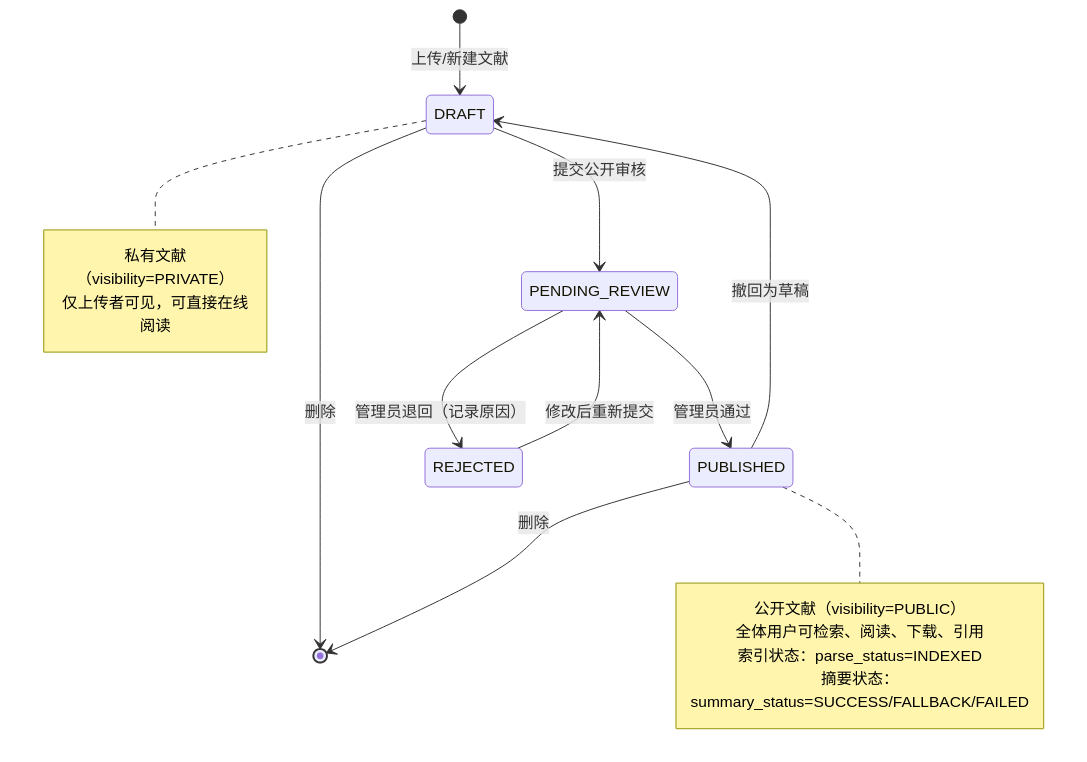
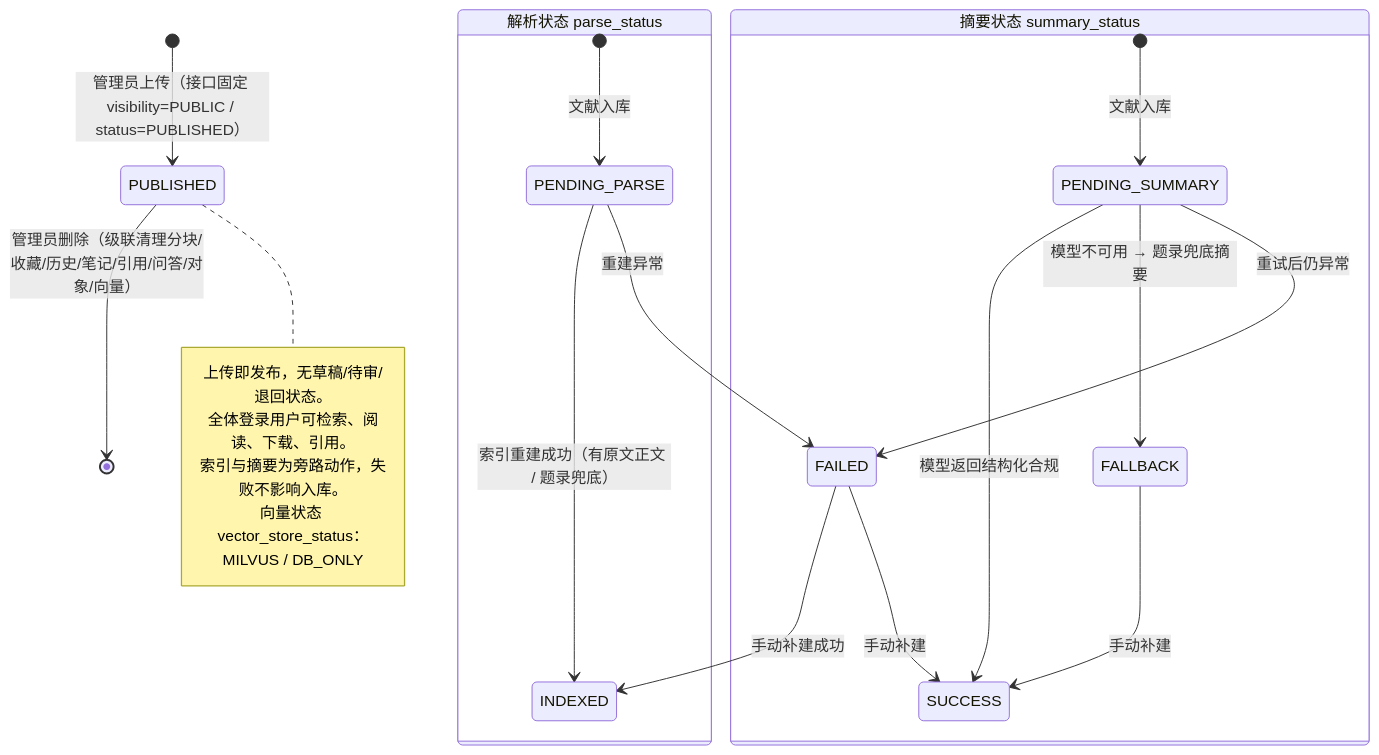
The fifth of 13 diagrams in doc/AI图书馆文献检索与阅读助手-05-设计图表.md (MaouXY/ScholarMind), drawn with Mermaid before and after one commit. The commit also changed other lines of this file and 50 other files, not shown here.

````diff
--- a/doc/AI图书馆文献检索与阅读助手-05-设计图表.md
+++ b/doc/AI图书馆文献检索与阅读助手-05-设计图表.md
@@ -334,23 +340,29 @@
 ```mermaid
 stateDiagram-v2
-    [*] --> DRAFT : 上传/新建文献
-    DRAFT --> PENDING_REVIEW : 提交公开审核
-    PENDING_REVIEW --> PUBLISHED : 管理员通过
-    PENDING_REVIEW --> REJECTED : 管理员退回（记录原因）
-    REJECTED --> PENDING_REVIEW : 修改后重新提交
-    PUBLISHED --> DRAFT : 撤回为草稿
-    DRAFT --> [*] : 删除
-    PUBLISHED --> [*] : 删除
+    [*] --> PUBLISHED : 管理员上传（接口固定 visibility=PUBLIC / status=PUBLISHED）
 
-    note right of DRAFT
-        私有文献（visibility=PRIVATE）
-        仅上传者可见，可直接在线阅读
-    end note
+    state "解析状态 parse_status" as PARSE {
+        [*] --> PENDING_PARSE : 文献入库
+        PENDING_PARSE --> INDEXED : 索引重建成功（有原文正文 / 题录兜底）
+        PENDING_PARSE --> FAILED : 重建异常
+        FAILED --> INDEXED : 手动补建成功
+    }
+
+    state "摘要状态 summary_status" as SUMMARY {
+        [*] --> PENDING_SUMMARY : 文献入库
+        PENDING_SUMMARY --> SUCCESS : 模型返回结构化合规
+        PENDING_SUMMARY --> FALLBACK : 模型不可用 → 题录兜底摘要
+        PENDING_SUMMARY --> FAILED : 重试后仍异常
+        FALLBACK --> SUCCESS : 手动补建
+        FAILED --> SUCCESS : 手动补建
+    }
+
+    PUBLISHED --> [*] : 管理员删除（级联清理分块/收藏/历史/笔记/引用/问答/对象/向量）
 
     note right of PUBLISHED
-        公开文献（visibility=PUBLIC）
-        全体用户可检索、阅读、下载、引用
-        索引状态：parse_status=INDEXED
-        摘要状态：summary_status=SUCCESS/FALLBACK/FAILED
+        上传即发布，无草稿/待审/退回状态。
+        全体登录用户可检索、阅读、下载、引用。
+        索引与摘要为旁路动作，失败不影响入库。
+        向量状态 vector_store_status：MILVUS / DB_ONLY
     end note
 ```
````
